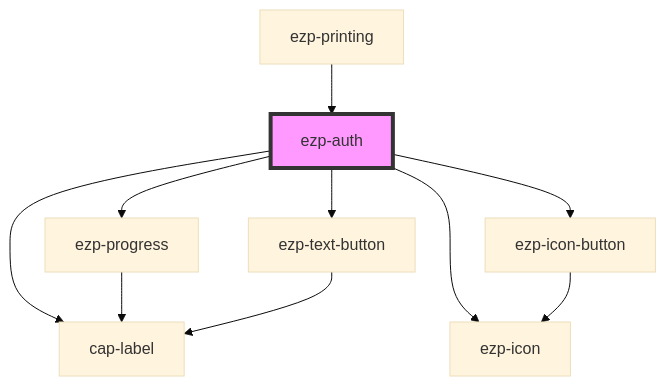
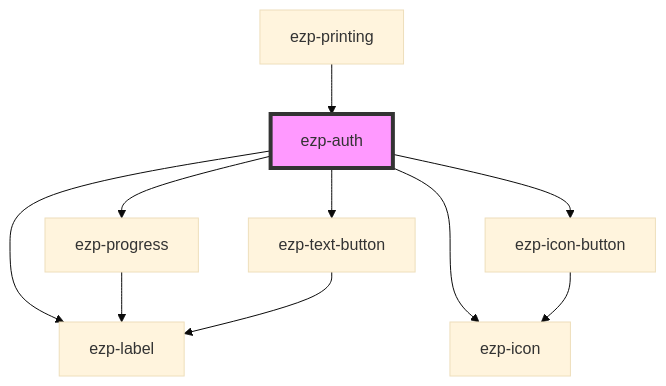
Before and after one commit to ezeep/ezeep-js: the diagram in src/components/ezp-auth/readme.md, drawn with Mermaid (base theme). The commit also changed other lines of this file and 42 other files, not shown here.

````diff
--- a/src/components/ezp-auth/readme.md
+++ b/src/components/ezp-auth/readme.md
@@ -36,13 +36,13 @@
 ```mermaid
 graph TD;
   ezp-auth --> ezp-progress
   ezp-auth --> ezp-icon-button
   ezp-auth --> ezp-icon
-  ezp-auth --> cap-label
+  ezp-auth --> ezp-label
   ezp-auth --> ezp-text-button
-  ezp-progress --> cap-label
+  ezp-progress --> ezp-label
   ezp-icon-button --> ezp-icon
-  ezp-text-button --> cap-label
+  ezp-text-button --> ezp-label
   ezp-printing --> ezp-auth
   style ezp-auth fill:#f9f,stroke:#333,stroke-width:4px
 ```
````
